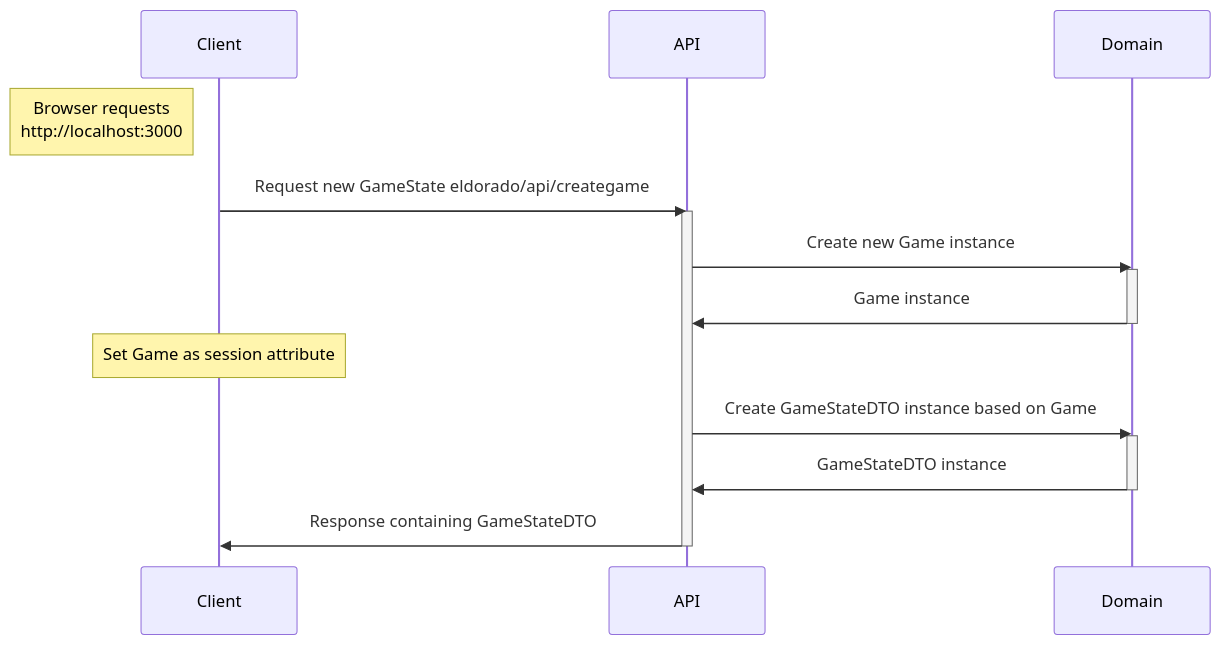
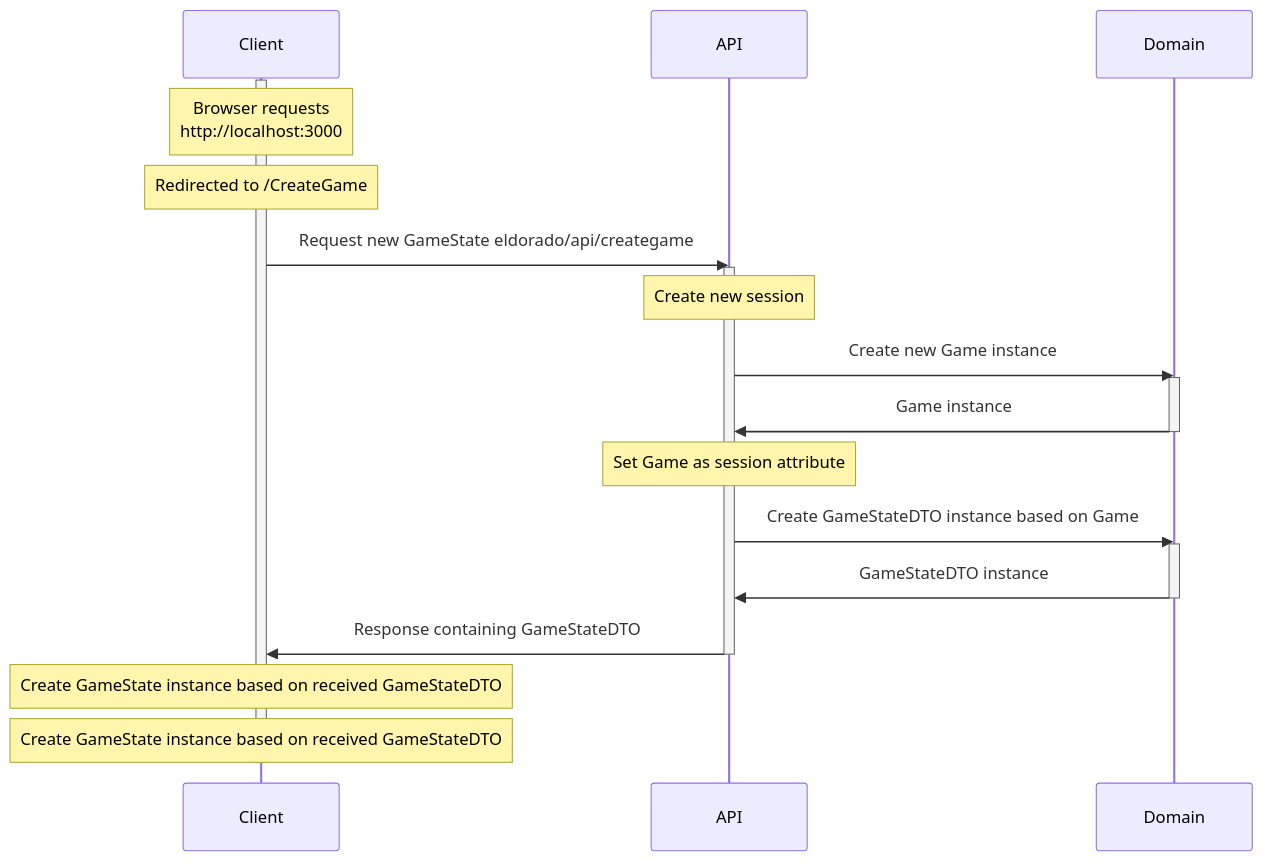
The second of 4 diagrams in ARCHITECTURE.md (stijnlinderman/eldorado), drawn with Mermaid before and after one commit. The commit also changed other lines of this file, not shown here.

````diff
--- a/ARCHITECTURE.md
+++ b/ARCHITECTURE.md
@@ -4,20 +14,26 @@
 ```mermaid
 sequenceDiagram
     participant Client
     participant API
     participant Domain
-    Note left of Client: Browser requests<br>http://localhost:3000
+    activate Client
+    Note over Client: Browser requests<br>http://localhost:3000
+    Note over Client: Redirected to /CreateGame
     Client->>API: Request new GameState eldorado/api/creategame
     activate API
+    Note over API: Create new session
     API->>Domain: Create new Game instance
     activate Domain
     Domain->>API: Game instance
     deactivate Domain
-    Note over Client: Set Game as session attribute
+    Note over API: Set Game as session attribute
     API->>Domain: Create GameStateDTO instance based on Game
     activate Domain
     Domain->>API: GameStateDTO instance
     deactivate Domain
     API->>Client: Response containing GameStateDTO
     deactivate API
+    Note over Client: Create GameState instance based on received GameStateDTO
+    Note over Client: Create GameState instance based on received GameStateDTO
+    deactivate Client
 ```
````
